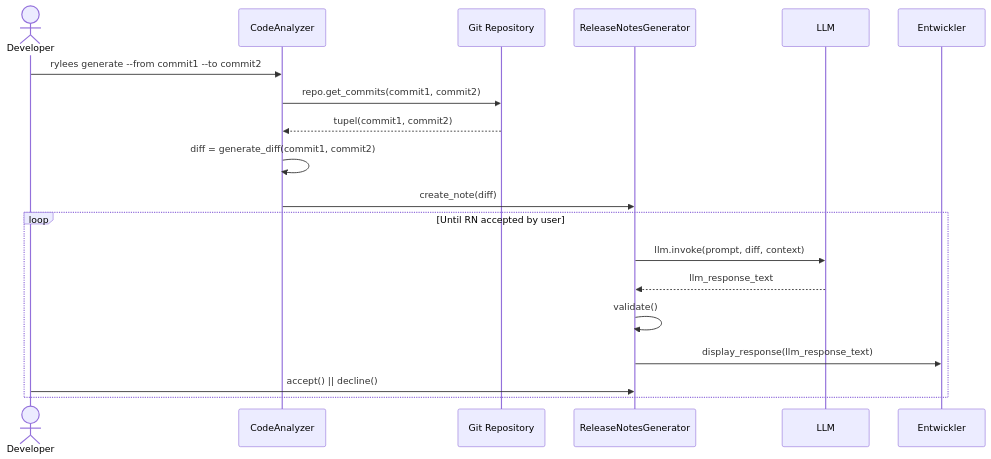
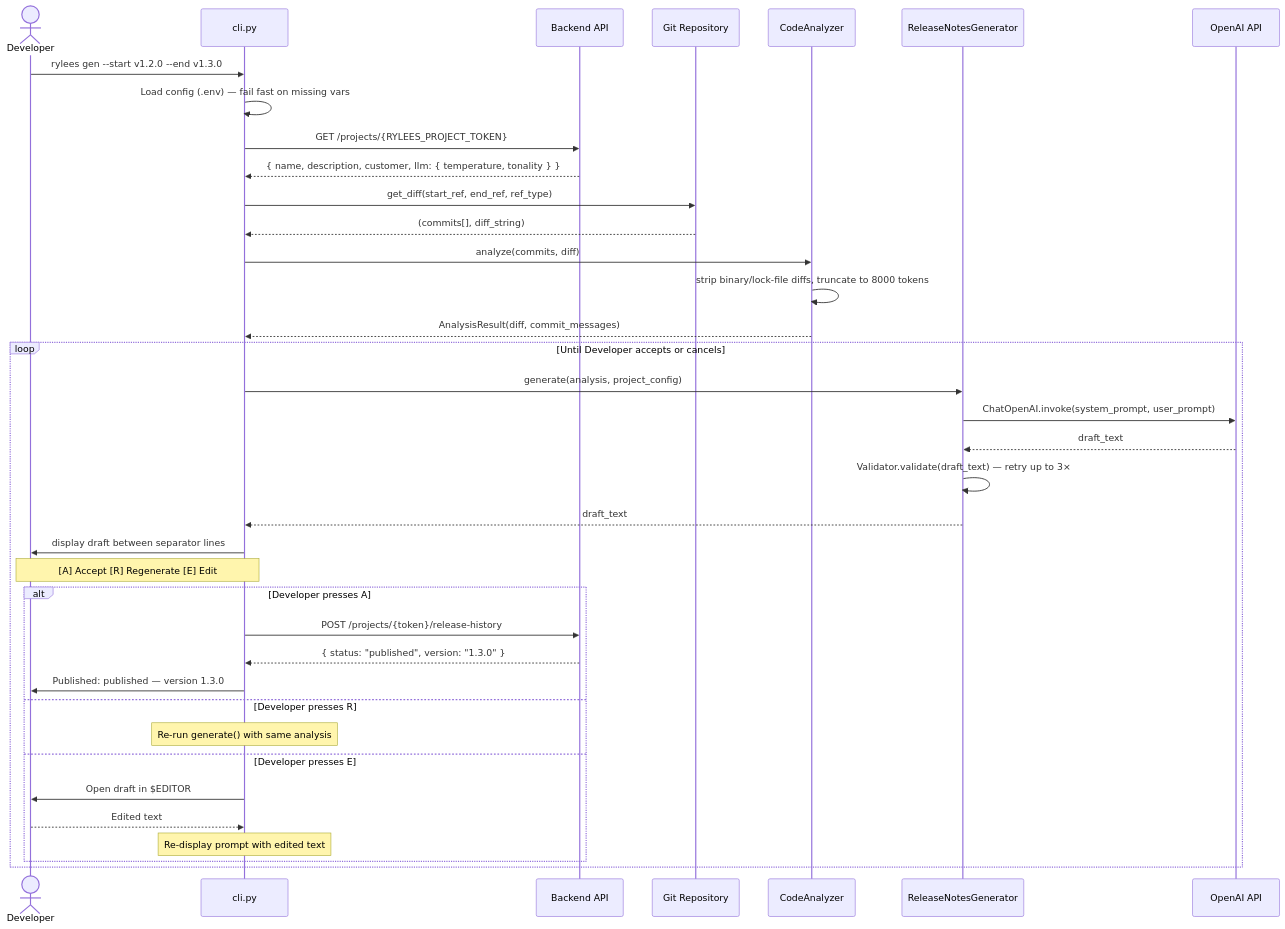
Before and after one commit to zihmm/rylees: the diagram in docs/architecture/diagrams/sequencecli-generate-rn.md, drawn with Mermaid. The commit also changed other lines of this file and 4 other files, not shown here.

Commit message:
Fine-tuned concepts & architecture

````diff
--- a/docs/architecture/diagrams/sequencecli-generate-rn.md
+++ b/docs/architecture/diagrams/sequencecli-generate-rn.md
@@ -17,31 +17,47 @@
 ```mermaid
 sequenceDiagram
-    %% Legend:
-    %%   CLI moduld:        CodeAnalyzer, ReleaseNotesGenerator
-    %%   External services: Git Repository, LLM
-    %%   ->>  = Sync call
-    %%   -->> = Sync response
+    actor Developer as Developer
+    participant CLI as cli.py
+    participant API as Backend API
+    participant Git as Git Repository
+    participant CA as CodeAnalyzer
+    participant RNG as ReleaseNotesGenerator
+    participant LLM as OpenAI API
 
-    actor Developer as Developer
-    participant CA as CodeAnalyzer
-    participant Git as Git Repository
-    participant RNG as ReleaseNotesGenerator
-    participant LLM as LLM
+    Developer->>CLI: rylees gen --start v1.2.0 --end v1.3.0
 
-    Developer->>CA: rylees generate --from commit1 --to commit2
+    CLI->>CLI: Load config (.env) — fail fast on missing vars
 
-    CA->>Git: repo.get_commits(commit1, commit2)
-    Git-->>CA: tupel(commit1, commit2)
+    CLI->>API: GET /projects/{RYLEES_PROJECT_TOKEN}
+    API-->>CLI: { name, description, customer, llm: { temperature, tonality } }
 
-    CA->>CA: diff = generate_diff(commit1, commit2)
+    CLI->>Git: get_diff(start_ref, end_ref, ref_type)
+    Git-->>CLI: (commits[], diff_string)
 
-    CA->>RNG: create_note(diff)
+    CLI->>CA: analyze(commits, diff)
+    CA->>CA: strip binary/lock-file diffs, truncate to 8000 tokens
+    CA-->>CLI: AnalysisResult(diff, commit_messages)
 
-    loop Until RN accepted by user
-        RNG->>LLM: llm.invoke(prompt, diff, context)
-        LLM-->>RNG: llm_response_text
-        RNG->>RNG: validate()
-        RNG->>Entwickler: display_response(llm_response_text)
-        Developer->>RNG: accept() || decline()
+    loop Until Developer accepts or cancels
+        CLI->>RNG: generate(analysis, project_config)
+        RNG->>LLM: ChatOpenAI.invoke(system_prompt, user_prompt)
+        LLM-->>RNG: draft_text
+        RNG->>RNG: Validator.validate(draft_text) — retry up to 3×
+        RNG-->>CLI: draft_text
+
+        CLI->>Developer: display draft between separator lines
+        Note over Developer,CLI: [A] Accept   [R] Regenerate   [E] Edit
+
+        alt Developer presses A
+            CLI->>API: POST /projects/{token}/release-history
+            API-->>CLI: { status: "published", version: "1.3.0" }
+            CLI->>Developer: Published: published — version 1.3.0
+        else Developer presses R
+            Note over CLI: Re-run generate() with same analysis
+        else Developer presses E
+            CLI->>Developer: Open draft in $EDITOR
+            Developer-->>CLI: Edited text
+            Note over CLI: Re-display prompt with edited text
+        end
     end
 ```
````
